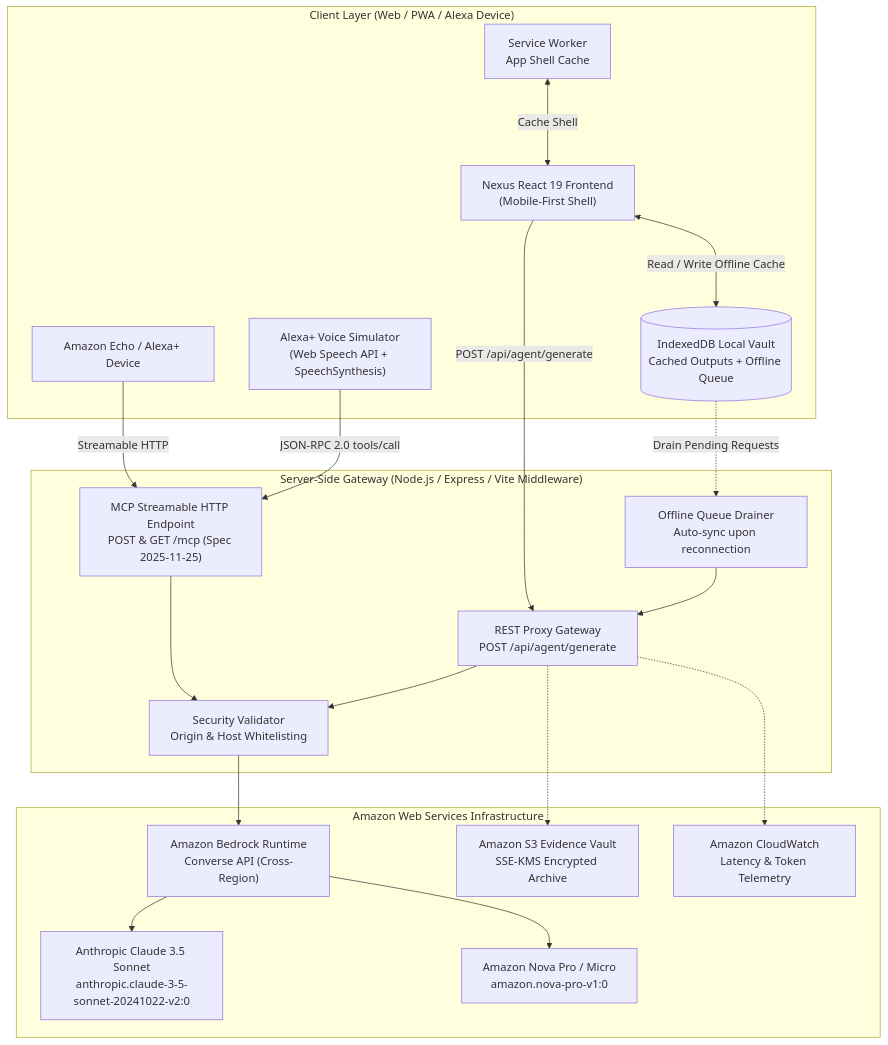
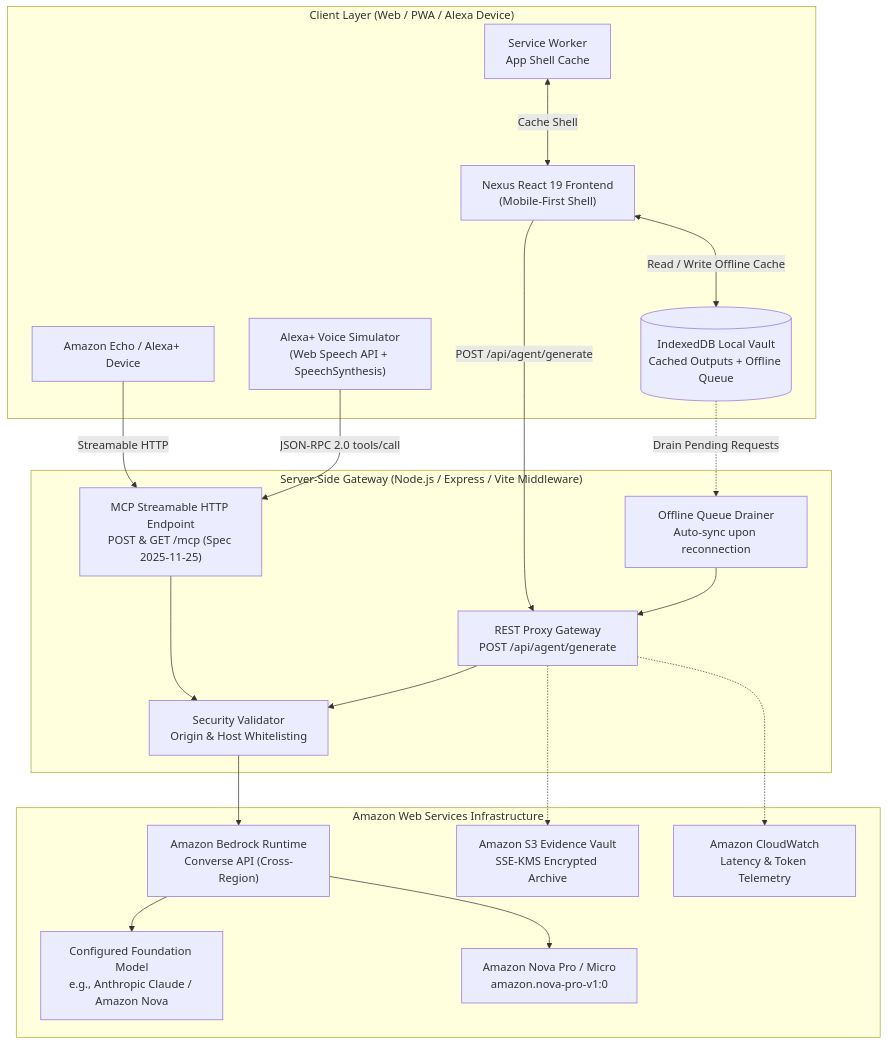
Before and after one commit to fetleepi-oss/nexus-impact-bedrock-ai: the diagram in README.md, drawn with Mermaid. The commit also changed other lines of this file and 25 other files, not shown here.

````diff
--- a/README.md
+++ b/README.md
@@ -33,40 +33,40 @@
 ```mermaid
 graph TD
     subgraph Client ["Client Layer (Web / PWA / Alexa Device)"]
         UI["Nexus React 19 Frontend\n(Mobile-First Shell)"]
         AlexaSim["Alexa+ Voice Simulator\n(Web Speech API + SpeechSynthesis)"]
         AlexaDev["Amazon Echo / Alexa+ Device"]
         IDB[("IndexedDB Local Vault\nCached Outputs + Offline Queue")]
         SW["Service Worker\nApp Shell Cache"]
     end
 
     subgraph Server ["Server-Side Gateway (Node.js / Express / Vite Middleware)"]
         MCP["MCP Streamable HTTP Endpoint\nPOST & GET /mcp (Spec 2025-11-25)"]
         AgentAPI["REST Proxy Gateway\nPOST /api/agent/generate"]
         Security["Security Validator\nOrigin & Host Whitelisting"]
         QueueDrainer["Offline Queue Drainer\nAuto-sync upon reconnection"]
     end
 
     subgraph AWS ["Amazon Web Services Infrastructure"]
         Bedrock["Amazon Bedrock Runtime\nConverse API (Cross-Region)"]
-        Claude["Anthropic Claude 3.5 Sonnet\nanthropic.claude-3-5-sonnet-20241022-v2:0"]
+        FoundationModel["Configured Foundation Model\ne.g., Anthropic Claude / Amazon Nova"]
         Nova["Amazon Nova Pro / Micro\namazon.nova-pro-v1:0"]
         S3Vault["Amazon S3 Evidence Vault\nSSE-KMS Encrypted Archive"]
         CloudWatch["Amazon CloudWatch\nLatency & Token Telemetry"]
     end
 
     AlexaDev -->|Streamable HTTP| MCP
     AlexaSim -->|JSON-RPC 2.0 tools/call| MCP
     UI -->|POST /api/agent/generate| AgentAPI
     UI <--->|Read / Write Offline Cache| IDB
     SW <--->|Cache Shell| UI
     MCP --> Security
     AgentAPI --> Security
     Security --> Bedrock
-    Bedrock --> Claude
+    Bedrock --> FoundationModel
     Bedrock --> Nova
     AgentAPI -.-> S3Vault
     AgentAPI -.-> CloudWatch
     IDB -.->|Drain Pending Requests| QueueDrainer
     QueueDrainer --> AgentAPI
 ```
````
